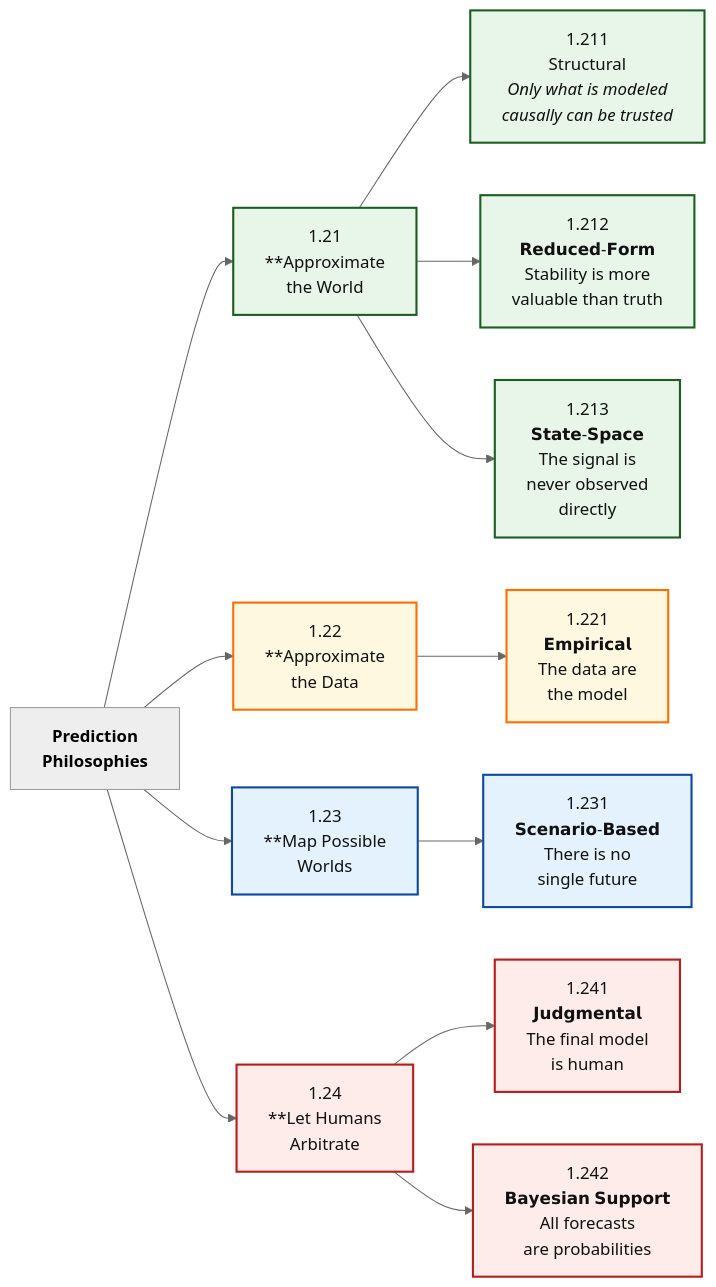
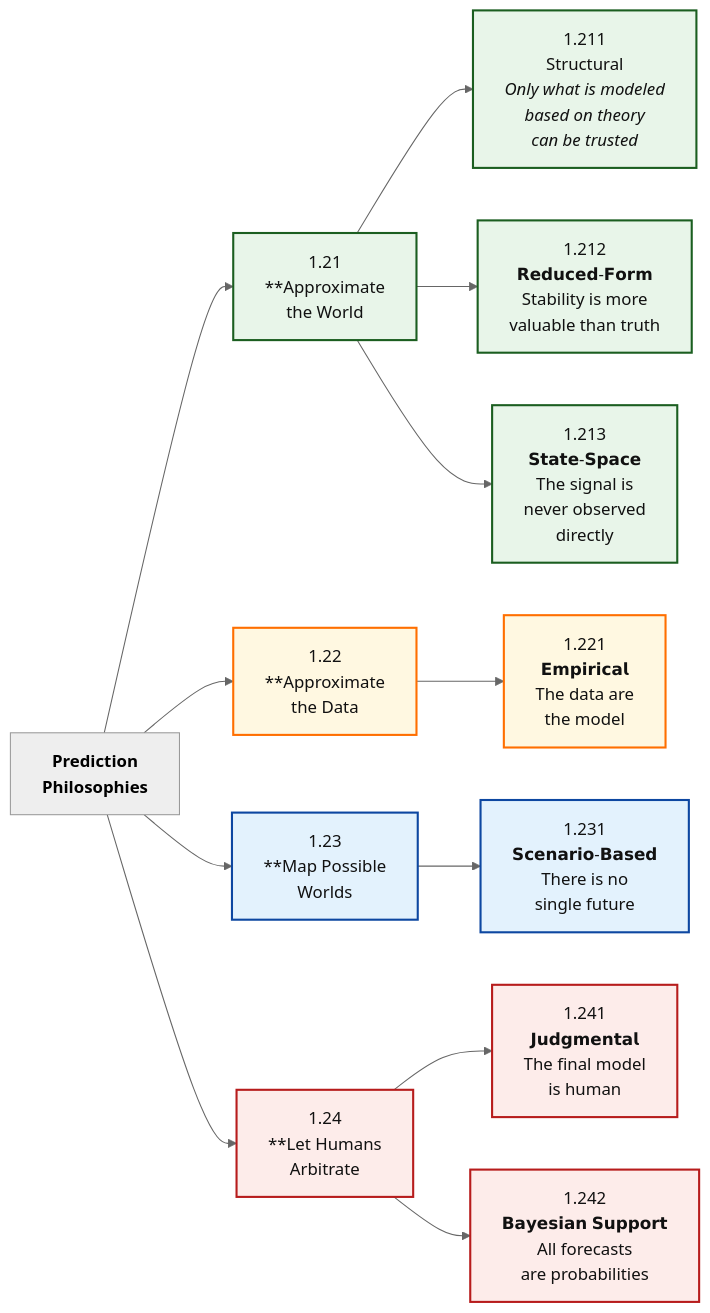
Before and after one commit to Tellusant/docs: the diagram in articles-posts/predictive-model-evaluation-framework.md, drawn with Mermaid (neutral theme).

```diff
--- a/articles-posts/predictive-model-evaluation-framework.md
+++ b/articles-posts/predictive-model-evaluation-framework.md
@@ -25,42 +25,42 @@
 <div class="mermaid">
   
 flowchart LR
 
 %% ========= NODES =========
 P["`**Prediction**<br/>**Philosophies**`"]:::none
 
 AW["`1.21<br/>**Approximate<br/>the World`"]:::strong
 AD["`1.22<br/>**Approximate<br/>the Data`"]:::mixed
 PW["`1.23<br/>**Map Possible<br/>Worlds`"]:::neutral
 HA["`1.24<br/>**Let Humans<br/>Arbitrate`"]:::risk
 
-STR["`1.211<br/>Structural<br/>*Only what is modeled<br/>causally can be trusted*`"]:::strong
+STR["`1.211<br/>Structural<br/>*Only what is modeled<br/>based on theory<br/>can be trusted*`"]:::strong
 RED["`1.212<br/>𝗥𝗲𝗱𝘂𝗰𝗲𝗱-𝗙𝗼𝗿𝗺<br/>Stability is more<br/>valuable than truth`"]:::strong
 STA["`1.213<br/>𝗦𝘁𝗮𝘁𝗲-𝗦𝗽𝗮𝗰𝗲<br/>The signal is<br/>never observed<br/>directly`"]:::strong
 EMP["`1.221<br/>𝗘𝗺𝗽𝗶𝗿𝗶𝗰𝗮𝗹<br/>The data are<br/>the model`"]:::mixed
 SCE["`1.231<br/>𝗦𝗰𝗲𝗻𝗮𝗿𝗶𝗼-𝗕𝗮𝘀𝗲𝗱<br/>There is no<br/>single future`"]:::neutral
 JUD["`1.241<br/>𝗝𝘂𝗱𝗴𝗺𝗲𝗻𝘁𝗮𝗹<br/>The final model<br/>is human`"]:::risk
 BAY["`1.242<br/>𝗕𝗮𝘆𝗲𝘀𝗶𝗮𝗻 𝗦𝘂𝗽𝗽𝗼𝗿𝘁<br/>All forecasts<br/>are probabilities`"]:::risk
 
 %% ========= RELATIONSHIPS =========
 P --> AW
 P --> AD
 P --> PW
 P --> HA
 AW --> STR
 AW --> RED
 AW --> STA
 AD --> EMP
 PW --> SCE
 HA --> JUD
 HA --> BAY
 
 %% ========= STYLES =========
 classDef strong  fill:#E8F5E9,stroke:#1B5E20,stroke-width:2px,color:#111;
 classDef neutral fill:#E3F2FD,stroke:#0D47A1,stroke-width:2px,color:#111;
 classDef mixed   fill:#FFF8E1,stroke:#FF6F00,stroke-width:2px,color:#111;
 classDef risk    fill:#FDECEA,stroke:#B71C1C,stroke-width:2px,color:#111;
 classDef summary fill:#F5F5F5,stroke:#424242,stroke-width:2px,color:#111;
 classDef anchor fill:transparent,stroke:transparent;
 
 </div>
```
